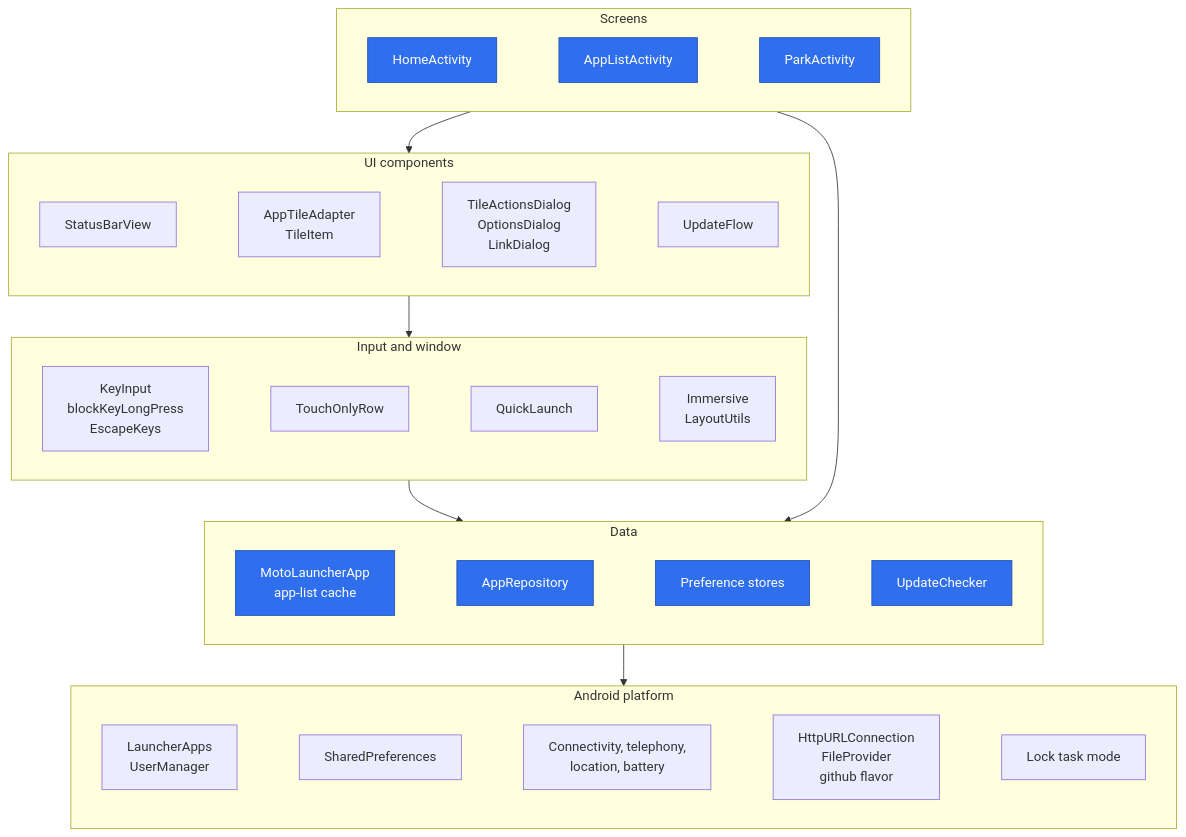
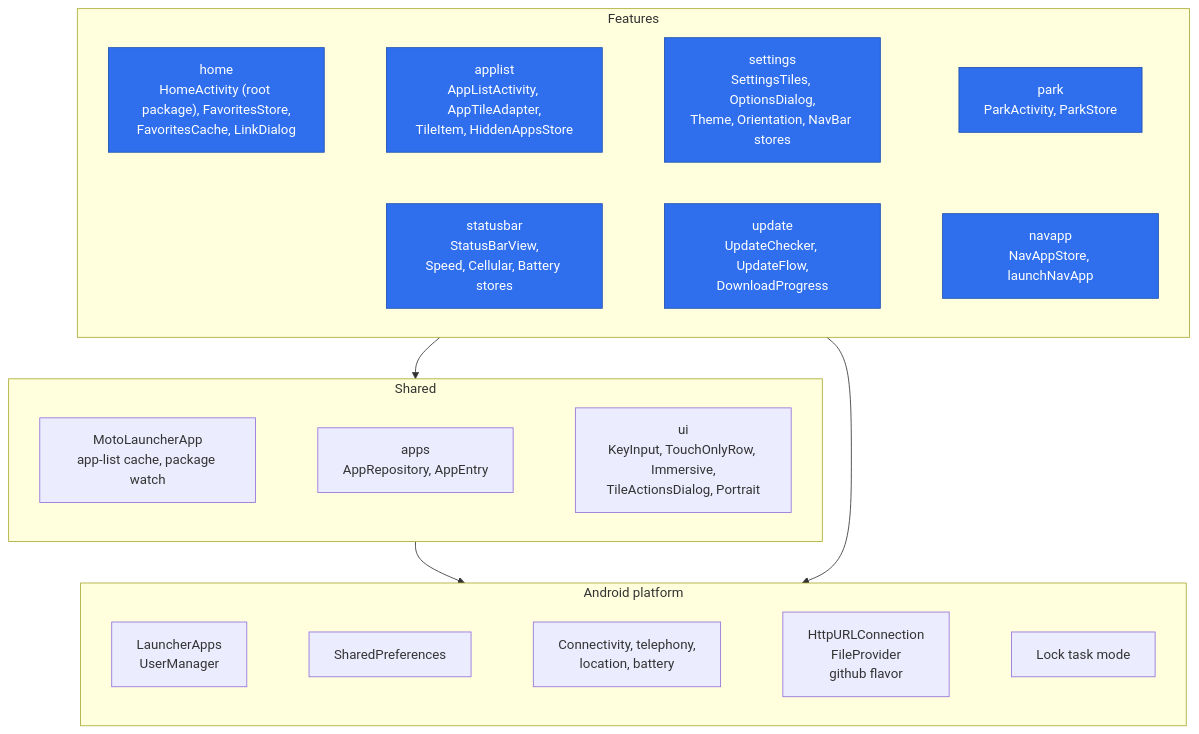
The second of 3 diagrams in .github/architecture.md (c0dev0id/motoLauncher), drawn with Mermaid before and after one commit. The commit also changed other lines of this file and 2 other files, not shown here.

Commit message:
Describe the feature layout in CLAUDE.md and the architecture docs
CLAUDE.md's architecture section now walks the feature packages and keeps their invariants, leaving the reasons to decisions.md; the test list and test paths follow. The layers diagram shows features over shared code over the platform, and decisions.md records why HomeActivity keeps its class name.

````diff
--- a/.github/architecture.md
+++ b/.github/architecture.md
@@ -60,29 +63,22 @@
 ```mermaid
 flowchart TB
-    subgraph screens["Screens"]
+    subgraph features["Features"]
         direction LR
-        home["HomeActivity"] ~~~ list["AppListActivity"] ~~~ park["ParkActivity"]
+        home["home<br/>HomeActivity (root package), FavoritesStore,<br/>FavoritesCache, LinkDialog"] ~~~ applist["applist<br/>AppListActivity, AppTileAdapter,<br/>TileItem, HiddenAppsStore"] ~~~ settings["settings<br/>SettingsTiles, OptionsDialog,<br/>Theme, Orientation, NavBar stores"] ~~~ park["park<br/>ParkActivity, ParkStore"]
+        statusbar["statusbar<br/>StatusBarView,<br/>Speed, Cellular, Battery stores"] ~~~ update["update<br/>UpdateChecker, UpdateFlow,<br/>DownloadProgress"] ~~~ navapp["navapp<br/>NavAppStore, launchNavApp"]
     end
-    subgraph widgets["UI components"]
+    subgraph shared["Shared"]
         direction LR
-        statusbar["StatusBarView"] ~~~ adapter["AppTileAdapter<br/>TileItem"] ~~~ dialogs["TileActionsDialog<br/>OptionsDialog<br/>LinkDialog"] ~~~ updateflow["UpdateFlow"]
-    end
-    subgraph input["Input and window"]
-        direction LR
-        keys["KeyInput<br/>blockKeyLongPress<br/>EscapeKeys"] ~~~ touch["TouchOnlyRow"] ~~~ quick["QuickLaunch"] ~~~ immersive["Immersive<br/>LayoutUtils"]
-    end
-    subgraph data["Data"]
-        direction LR
-        appc["MotoLauncherApp<br/>app-list cache"] ~~~ repo["AppRepository"] ~~~ stores["Preference stores"] ~~~ updater["UpdateChecker"]
+        appc["MotoLauncherApp<br/>app-list cache, package watch"] ~~~ apps["apps<br/>AppRepository, AppEntry"] ~~~ ui["ui<br/>KeyInput, TouchOnlyRow, Immersive,<br/>TileActionsDialog, Portrait"]
     end
     subgraph platform["Android platform"]
         direction LR
         p1["LauncherApps<br/>UserManager"] ~~~ p2["SharedPreferences"] ~~~ p3["Connectivity, telephony,<br/>location, battery"] ~~~ p4["HttpURLConnection<br/>FileProvider<br/>github flavor"] ~~~ p5["Lock task mode"]
     end
 
-    screens --> widgets --> input --> data --> platform
-    screens --> data
+    features --> shared --> platform
+    features --> platform
 
     classDef primary fill:#2F6FED,stroke:#1E4FB0,color:#FFFFFF
-    class home,list,park,appc,repo,stores,updater primary
+    class home,applist,settings,park,statusbar,update,navapp primary
 ```
````
